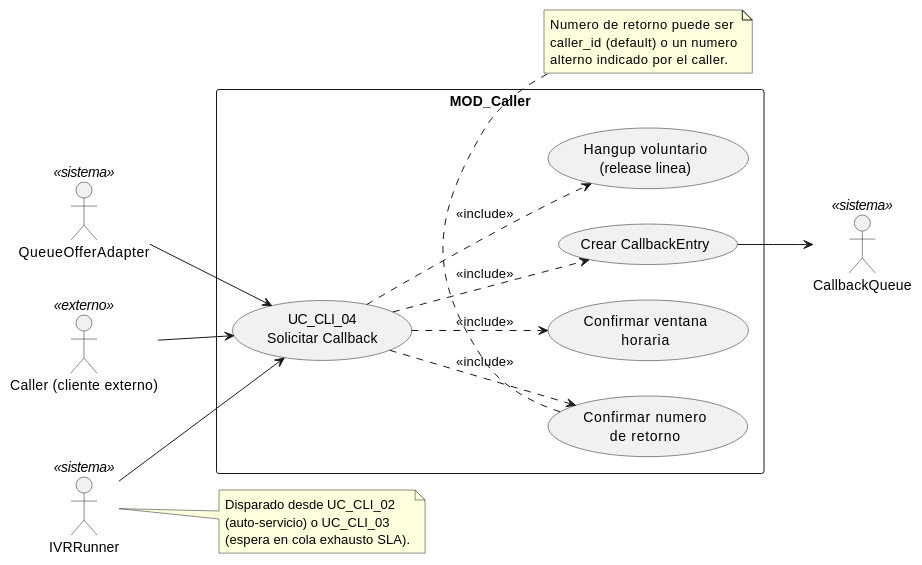
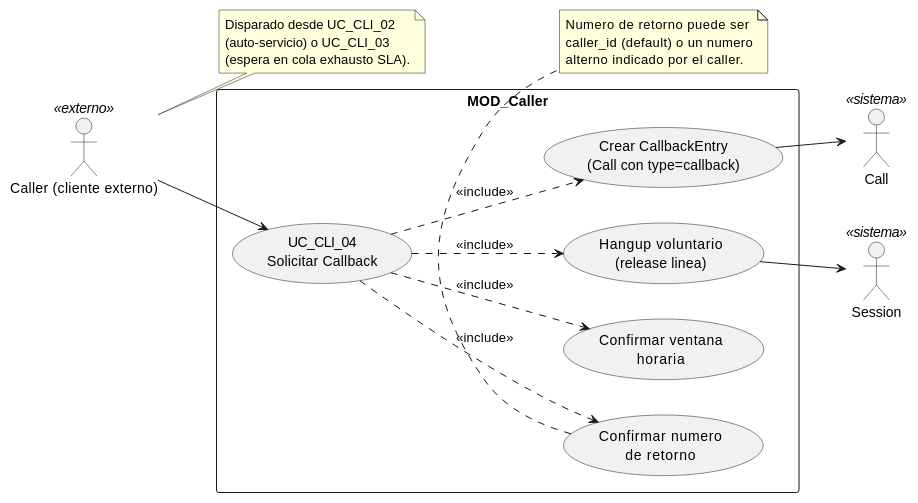
The diagram in source/requisitos/casos-uso/caller/uc-cli-04/diagramas-uml/diagrama-de-caso-de-uso.rst (jcg-admin/IACT-docs), drawn with PlantUML before and after one commit. The commit also changed other lines of this file and 52 other files, not shown here.

```diff
--- a/source/requisitos/casos-uso/caller/uc-cli-04/diagramas-uml/diagrama-de-caso-de-uso.rst
+++ b/source/requisitos/casos-uso/caller/uc-cli-04/diagramas-uml/diagrama-de-caso-de-uso.rst
@@ -4,44 +4,42 @@
 .. uml::
  :caption: UC_CLI_04 — actores y casos asociados
 
  @startuml
 
  left to right direction
 
  actor "Caller (cliente externo)" as CALLER <<externo>>
- actor "IVRRunner" as IVR <<sistema>>
- actor "QueueOfferAdapter" as OFFER <<sistema>>
- actor "CallbackQueue" as CBQUEUE <<sistema>>
+ actor "Call" as CALL <<sistema>>
+ actor "Session" as SESSION <<sistema>>
 
  rectangle "MOD_Caller" {
    usecase "UC_CLI_04\nSolicitar Callback" as UC_CLI_04
    usecase "Confirmar numero\nde retorno" as CONFIRM_NUM
    usecase "Confirmar ventana\nhoraria" as CONFIRM_WINDOW
-   usecase "Crear CallbackEntry" as CREATE_CB
+   usecase "Crear CallbackEntry\n(Call con type=callback)" as CREATE_CB
    usecase "Hangup voluntario\n(release linea)" as HANGUP
  }
 
  CALLER --> UC_CLI_04
- IVR --> UC_CLI_04
- OFFER --> UC_CLI_04
 
  UC_CLI_04 ..> CONFIRM_NUM : <<include>>
  UC_CLI_04 ..> CONFIRM_WINDOW : <<include>>
  UC_CLI_04 ..> CREATE_CB : <<include>>
  UC_CLI_04 ..> HANGUP : <<include>>
 
- CREATE_CB --> CBQUEUE
+ CREATE_CB --> CALL
+ HANGUP --> SESSION
 
  note bottom of CONFIRM_NUM
    Numero de retorno puede ser
    caller_id (default) o un numero
    alterno indicado por el caller.
  end note
 
- note right of IVR
+ note right of CALLER
    Disparado desde UC_CLI_02
    (auto-servicio) o UC_CLI_03
    (espera en cola exhausto SLA).
  end note
 
  @enduml
```
